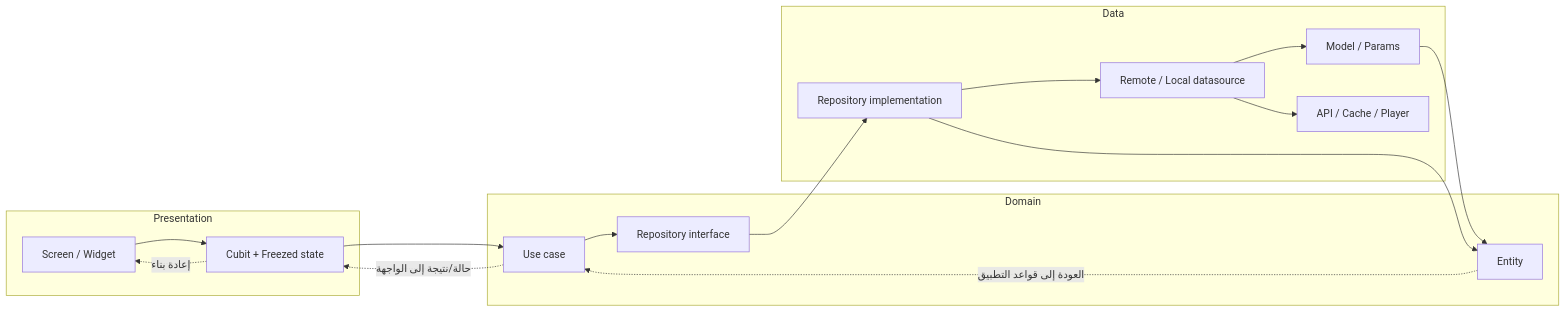
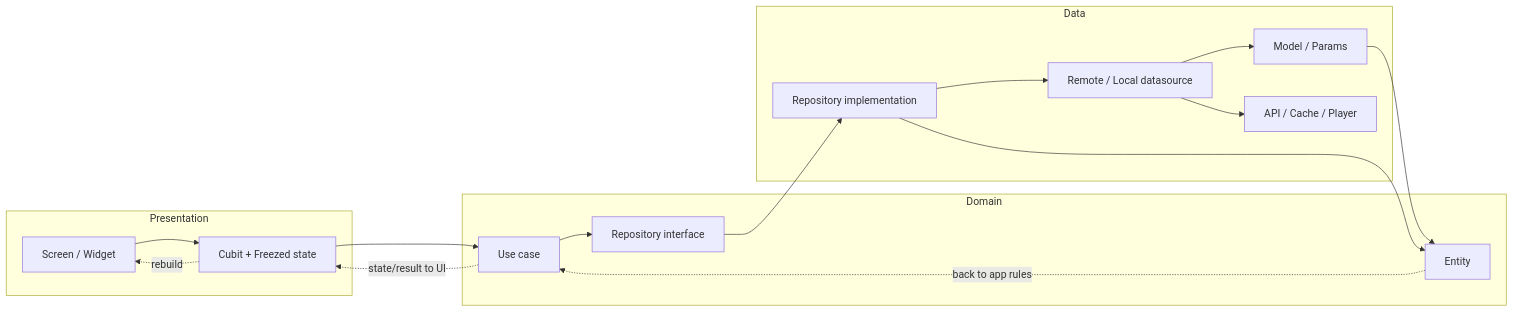
Before and after one commit to Ammourie/Sakeenah: the second of 5 diagrams in README.md, drawn with Mermaid. The commit also changed other lines of this file, not shown here.

Commit message:
refactor README to improve clarity and consistency in section titles, update language for better understanding, and enhance instructions for app setup and architecture

````diff
--- a/README.md
+++ b/README.md
@@ -487,33 +487,33 @@
 ```mermaid
 flowchart LR
   subgraph presentationLayerAr [Presentation]
     ScreenAr["Screen / Widget"]
     CubitAr["Cubit + Freezed state"]
   end
 
   subgraph domainLayerAr [Domain]
     UseCaseAr["Use case"]
     EntityAr["Entity"]
     RepositoryContractAr["Repository interface"]
   end
 
   subgraph dataLayerAr [Data]
     RepositoryImplAr["Repository implementation"]
     DataSourceAr["Remote / Local datasource"]
     ModelAr["Model / Params"]
     ExternalAr["API / Cache / Player"]
   end
 
   ScreenAr --> CubitAr
   CubitAr --> UseCaseAr
   UseCaseAr --> RepositoryContractAr
   RepositoryContractAr --> RepositoryImplAr
   RepositoryImplAr --> DataSourceAr
   DataSourceAr --> ExternalAr
   DataSourceAr --> ModelAr
   ModelAr --> EntityAr
   RepositoryImplAr --> EntityAr
-  EntityAr -. "العودة إلى قواعد التطبيق" .-> UseCaseAr
-  UseCaseAr -. "حالة/نتيجة إلى الواجهة" .-> CubitAr
-  CubitAr -. "إعادة بناء" .-> ScreenAr
+  EntityAr -. "back to app rules" .-> UseCaseAr
+  UseCaseAr -. "state/result to UI" .-> CubitAr
+  CubitAr -. "rebuild" .-> ScreenAr
 ```
````
